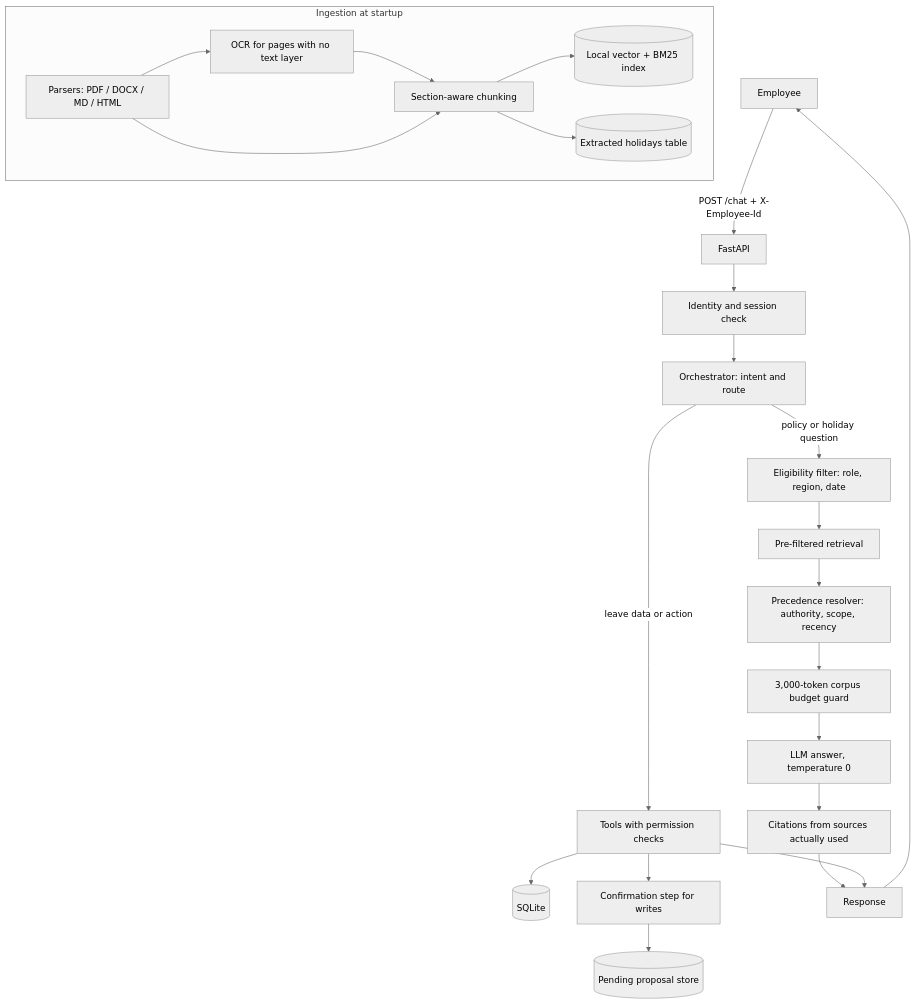
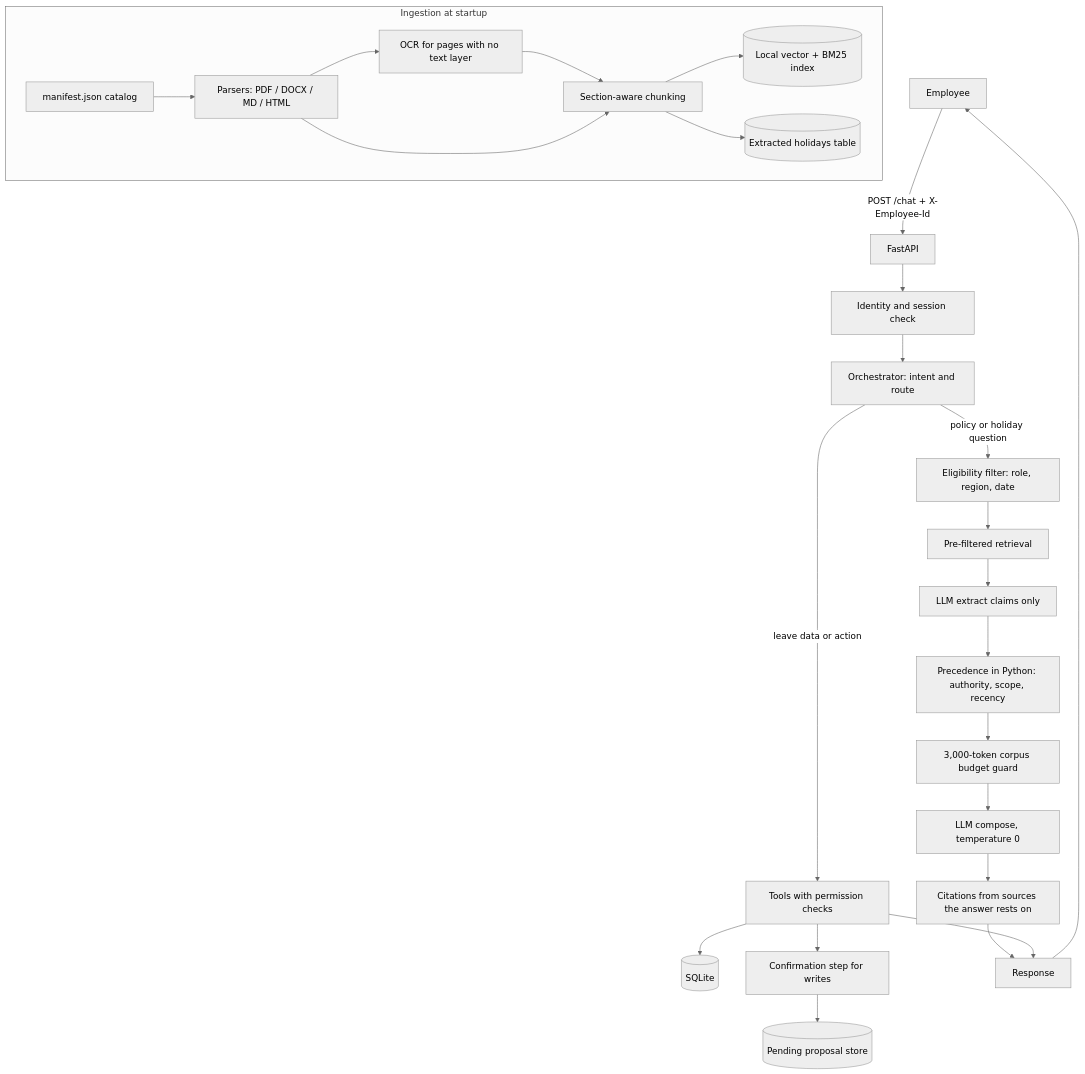
One commit to nivathamuthu/Veltrix_assistant changed the diagram in README.md. Above: the diagram before and after it, drawn with Mermaid (neutral theme). The commit also changed other lines of this file and 13 other files, not shown here.

````diff
--- a/README.md
+++ b/README.md
@@ -90,30 +135,32 @@
 ```mermaid
 flowchart TD
     U[Employee] -->|POST /chat + X-Employee-Id| API[FastAPI]
     API --> S[Identity and session check]
     S --> O[Orchestrator: intent and route]
 
     subgraph Ingestion [Ingestion at startup]
-      P[Parsers: PDF / DOCX / MD / HTML] --> OCR[OCR for pages with no text layer]
+      M[manifest.json catalog] --> P[Parsers: PDF / DOCX / MD / HTML]
+      P --> OCR[OCR for pages with no text layer]
       OCR --> CH[Section-aware chunking]
       P --> CH
       CH --> IDX[(Local vector + BM25 index)]
       CH --> HOL[(Extracted holidays table)]
     end
 
     O -->|policy or holiday question| EF[Eligibility filter: role, region, date]
     EF --> RET[Pre-filtered retrieval]
-    RET --> PR[Precedence resolver: authority, scope, recency]
+    RET --> EX[LLM extract claims only]
+    EX --> PR[Precedence in Python: authority, scope, recency]
     PR --> BUD[3,000-token corpus budget guard]
-    BUD --> LLM[LLM answer, temperature 0]
-    LLM --> CIT[Citations from sources actually used]
+    BUD --> LLM[LLM compose, temperature 0]
+    LLM --> CIT[Citations from sources the answer rests on]
 
     O -->|leave data or action| T[Tools with permission checks]
     T --> DB[(SQLite)]
     T --> CF[Confirmation step for writes]
     CF --> PS[(Pending proposal store)]
 
     CIT --> R[Response]
     T --> R
     R --> U
 ```
````
